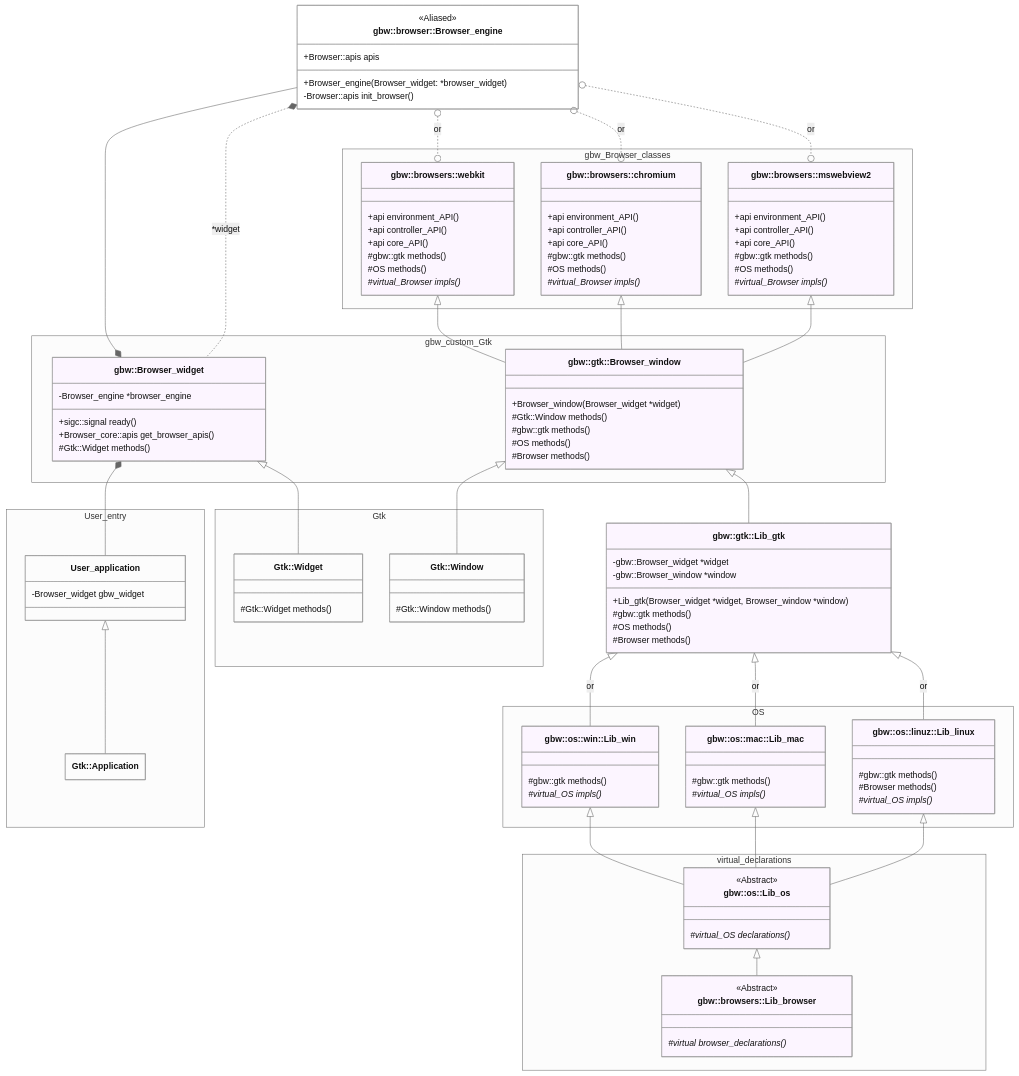
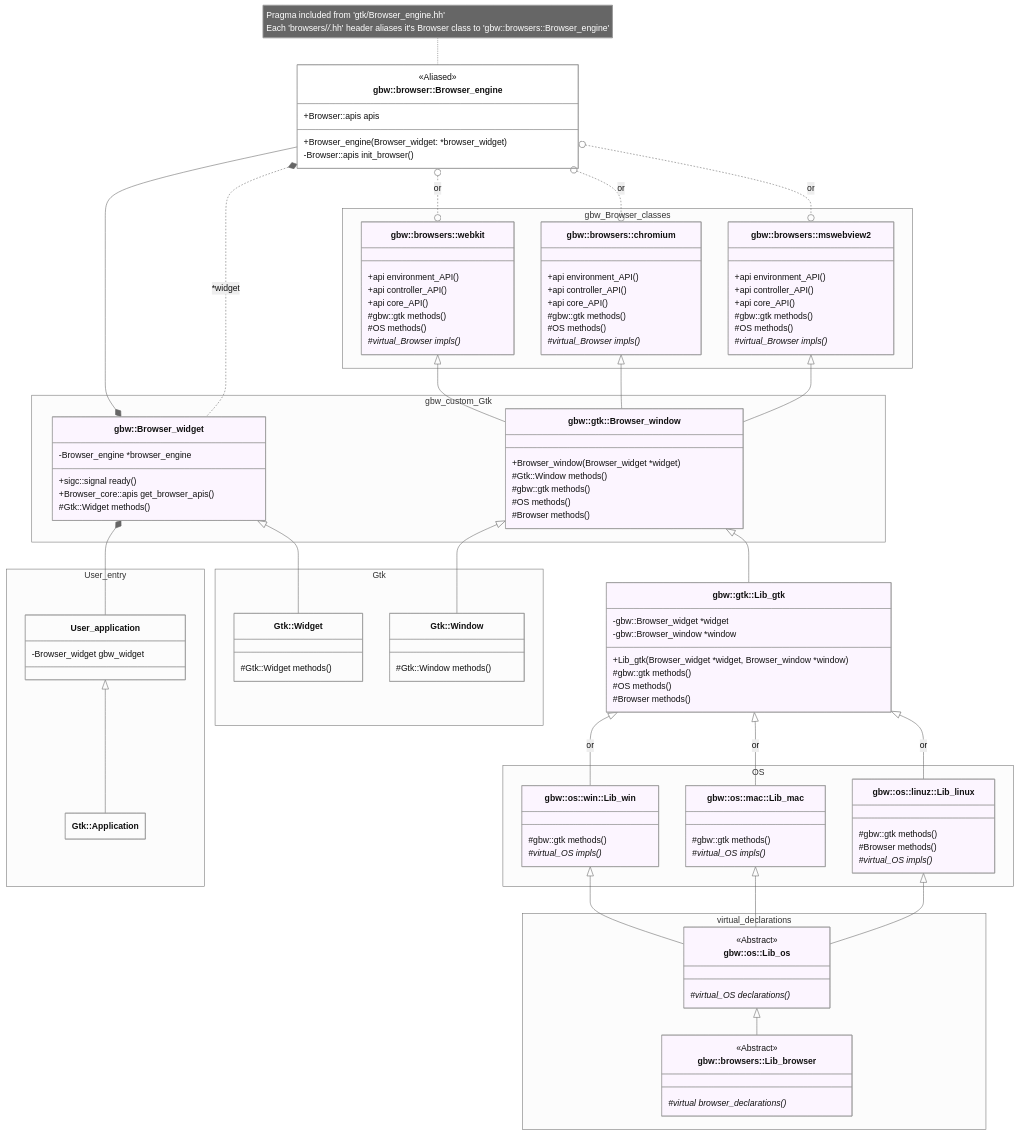
One commit to citkane/gtk-browser-widget changed the diagram in include/gtk/README.md. Above: the diagram before and after it, drawn with Mermaid.

Commit message:
Update class hierarchy diagram

```diff
--- a/include/gtk/README.md
+++ b/include/gtk/README.md
@@ -116,6 +116,7 @@
     }
 
 
+    note for Browser_engine "Pragma included from 'gtk/Browser_engine.hh'<br>Each 'browsers/*/*.hh' header aliases it's Browser class to 'gbw::browsers::Browser_engine'"
     class Browser_engine["gbw::browser::Browser_engine"]:::other {
         <<Aliased>>
         +Browser_engine(Browser_widget: *browser_widget)
```
